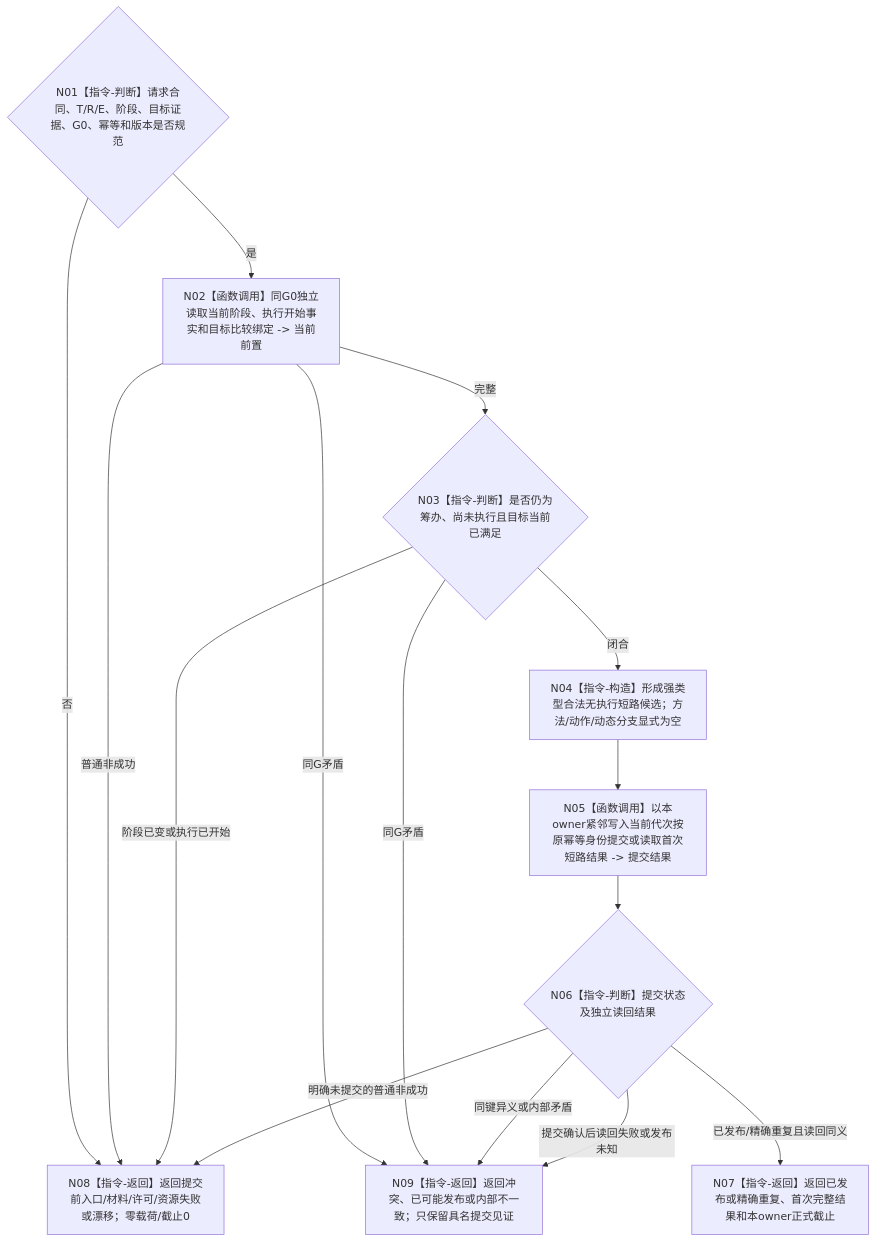
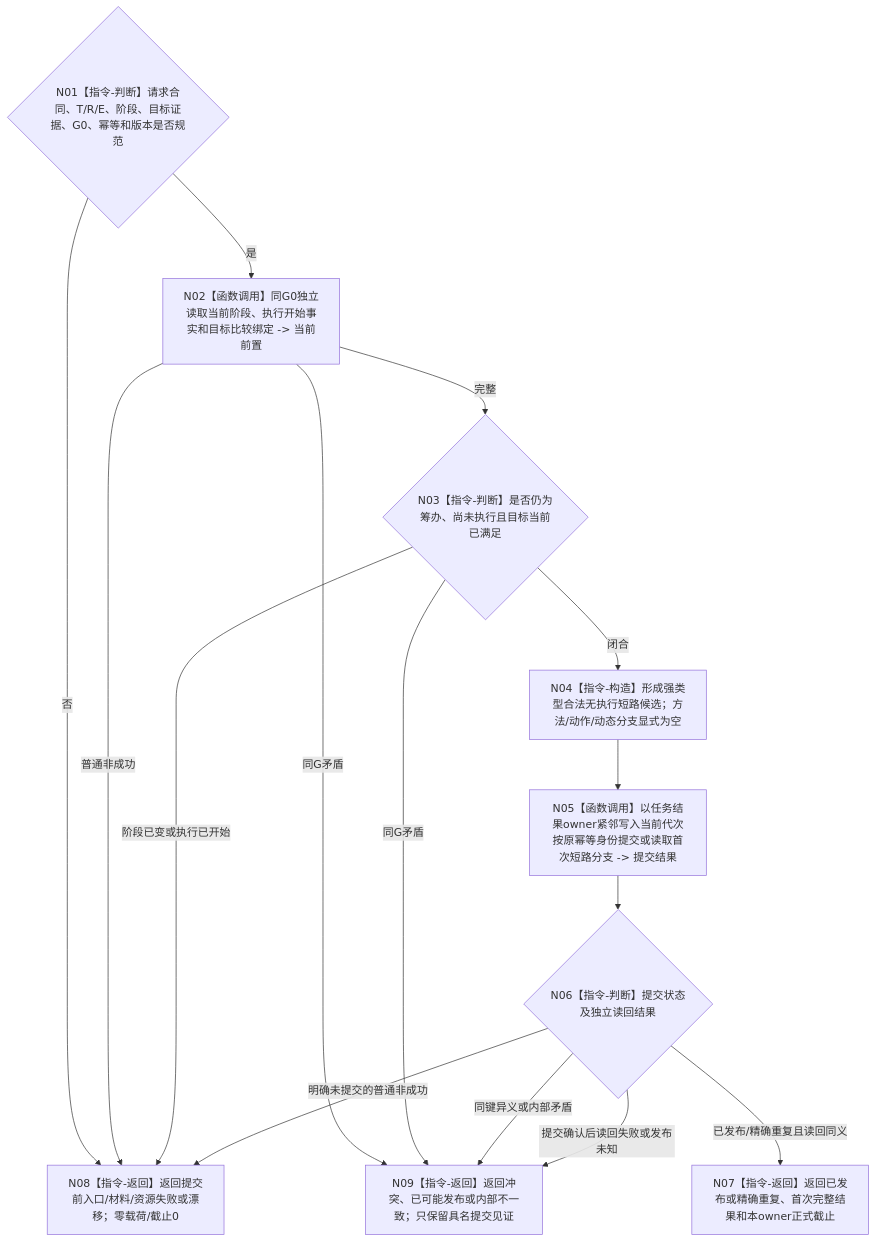
One commit to chunhaizh-cyber/HY-Ego changed the diagram in 流程图/目标业务流程图/L3/BIZ-L3-004-17-01_发布或读取合法无执行短路结果_目标函数流程图_v0.2.md. Above: the diagram before and after it, drawn with Mermaid. The commit also changed other lines of this file and 10 other files, not shown here.

````diff
--- a/流程图/目标业务流程图/L3/BIZ-L3-004-17-01_发布或读取合法无执行短路结果_目标函数流程图_v0.2.md
+++ b/流程图/目标业务流程图/L3/BIZ-L3-004-17-01_发布或读取合法无执行短路结果_目标函数流程图_v0.2.md
@@ -32,25 +33,25 @@
 ```mermaid
 flowchart TD
     N01{"N01【指令-判断】请求合同、T/R/E、阶段、目标证据、G0、幂等和版本是否规范"}
     N02["N02【函数调用】同G0独立读取当前阶段、执行开始事实和目标比较绑定 -> 当前前置"]
     N03{"N03【指令-判断】是否仍为筹办、尚未执行且目标当前已满足"}
     N04["N04【指令-构造】形成强类型合法无执行短路候选；方法/动作/动态分支显式为空"]
-    N05["N05【函数调用】以本owner紧邻写入当前代次按原幂等身份提交或读取首次短路结果 -> 提交结果"]
+    N05["N05【函数调用】以任务结果owner紧邻写入当前代次按原幂等身份提交或读取首次短路分支 -> 提交结果"]
     N06{"N06【指令-判断】提交状态及独立读回结果"}
     N07["N07【指令-返回】返回已发布或精确重复、首次完整结果和本owner正式截止"]
-    N08["N08【指令-返回】返回提交前入口/材料/许可/资源失败或漂移；零载荷/截止0"]
+    N08["N08【指令-返回】返回提交前入口/材料/资源失败或漂移；零载荷/截止0"]
     N09["N09【指令-返回】返回冲突、已可能发布或内部不一致；只保留具名提交见证"]
 
     N01 -->|否| N08
     N01 -->|是| N02
     N02 -->|普通非成功| N08
     N02 -->|同G矛盾| N09
     N02 -->|完整| N03
     N03 -->|阶段已变或执行已开始| N08
     N03 -->|同G矛盾| N09
     N03 -->|闭合| N04 --> N05 --> N06
     N06 -->|已发布/精确重复且读回同义| N07
     N06 -->|明确未提交的普通非成功| N08
     N06 -->|同键异义或内部矛盾| N09
     N06 -->|提交确认后读回失败或发布未知| N09
 ```
````
